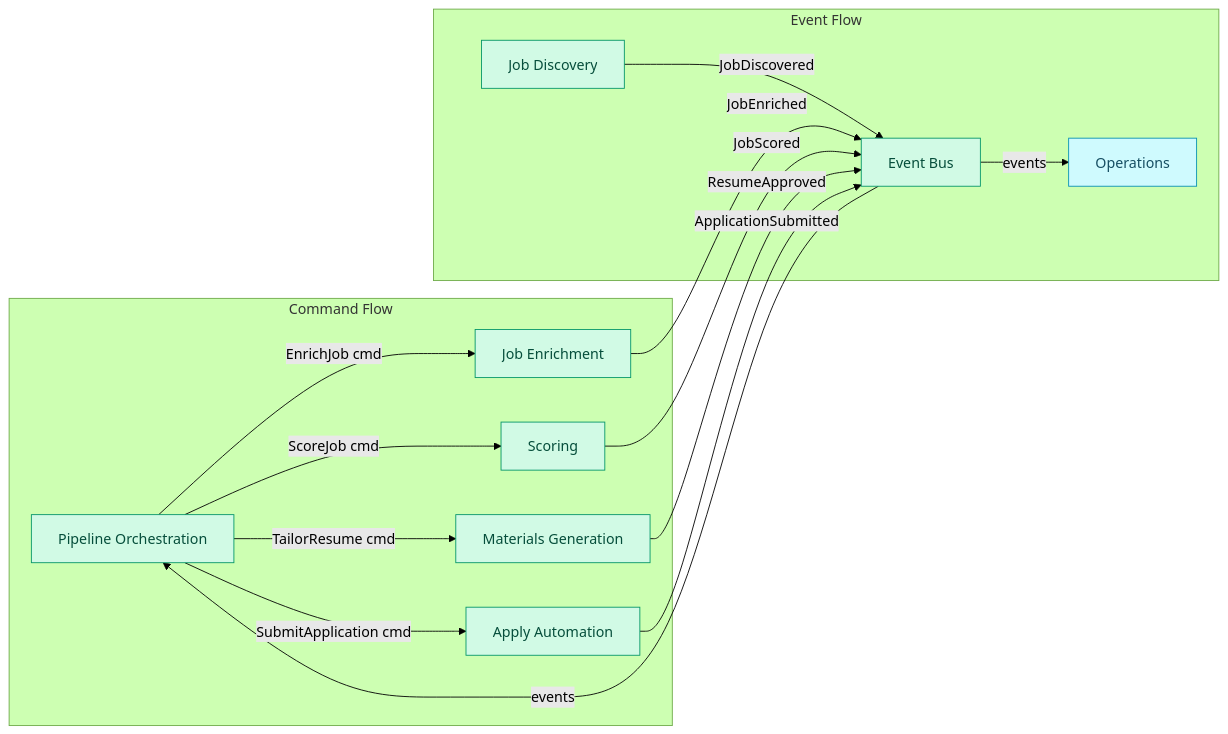
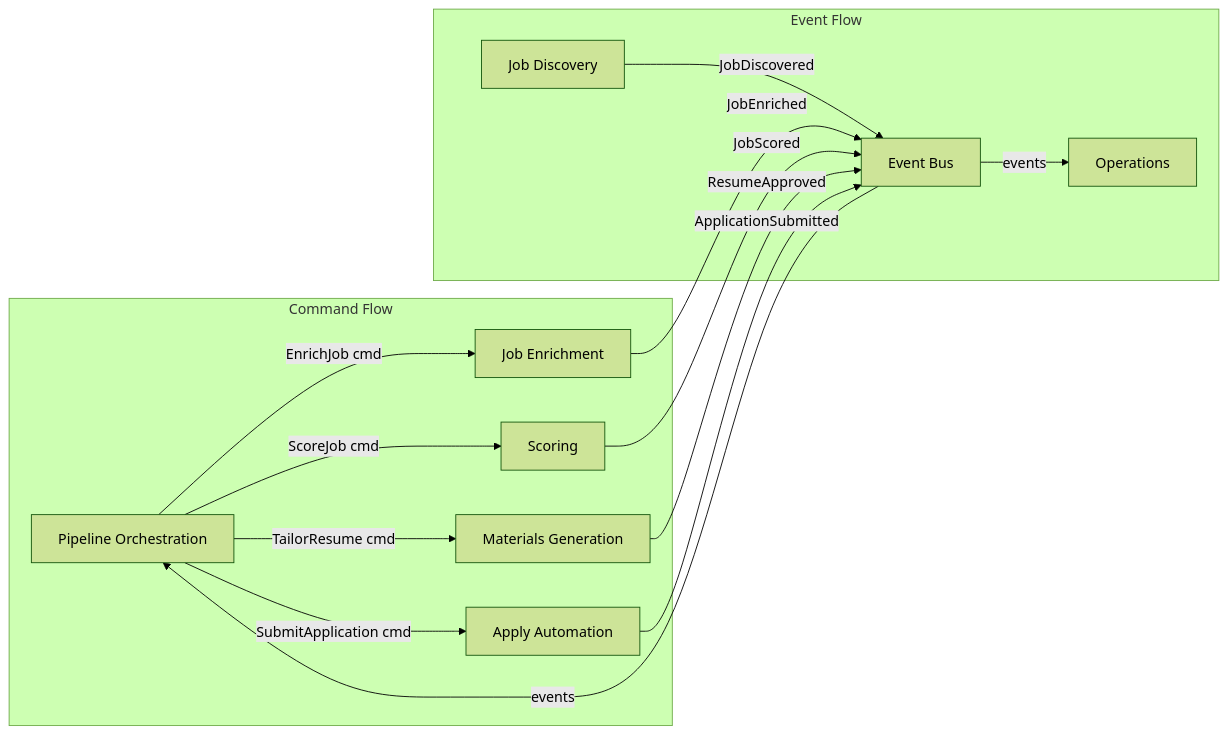
Before and after one commit to ebarti/JobCtrl: the second of 2 diagrams in docs/architecture/domain-model/integration.md, drawn with Mermaid (forest theme). The commit also changed other lines of this file and 46 other files, not shown here.

````diff
--- a/docs/architecture/domain-model/integration.md
+++ b/docs/architecture/domain-model/integration.md
@@ -46,24 +42,22 @@
 ```mermaid
 graph LR
     subgraph "Command Flow"
         PO["Pipeline Orchestration"] -->|"EnrichJob cmd"| JE["Job Enrichment"]
         PO -->|"ScoreJob cmd"| SC["Scoring"]
         PO -->|"TailorResume cmd"| MG["Materials Generation"]
         PO -->|"SubmitApplication cmd"| AA["Apply Automation"]
     end
 
     subgraph "Event Flow"
         JD["Job Discovery"] -->|"JobDiscovered"| EB["Event Bus"]
         JE -->|"JobEnriched"| EB
         SC -->|"JobScored"| EB
         MG -->|"ResumeApproved"| EB
         AA -->|"ApplicationSubmitted"| EB
         EB -->|"events"| PO
         EB -->|"events"| OPS["Operations"]
     end
 
-    classDef py fill:#d1fae5,stroke:#059669,color:#064e3b
-    classDef store fill:#cffafe,stroke:#0891b2,color:#164e63
     class PO,JE,SC,MG,AA,JD,EB py
     class OPS store
 ```
````
